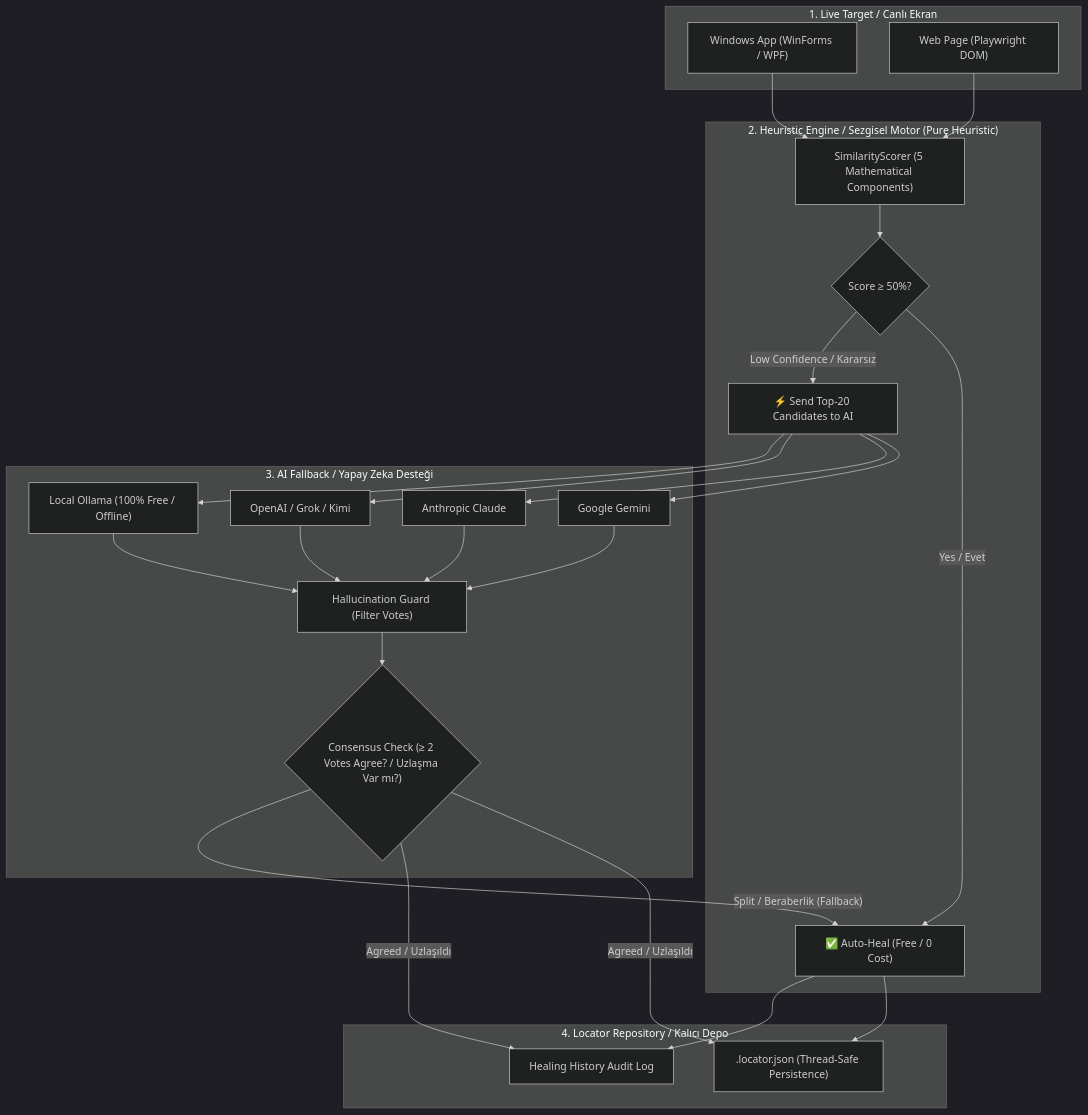
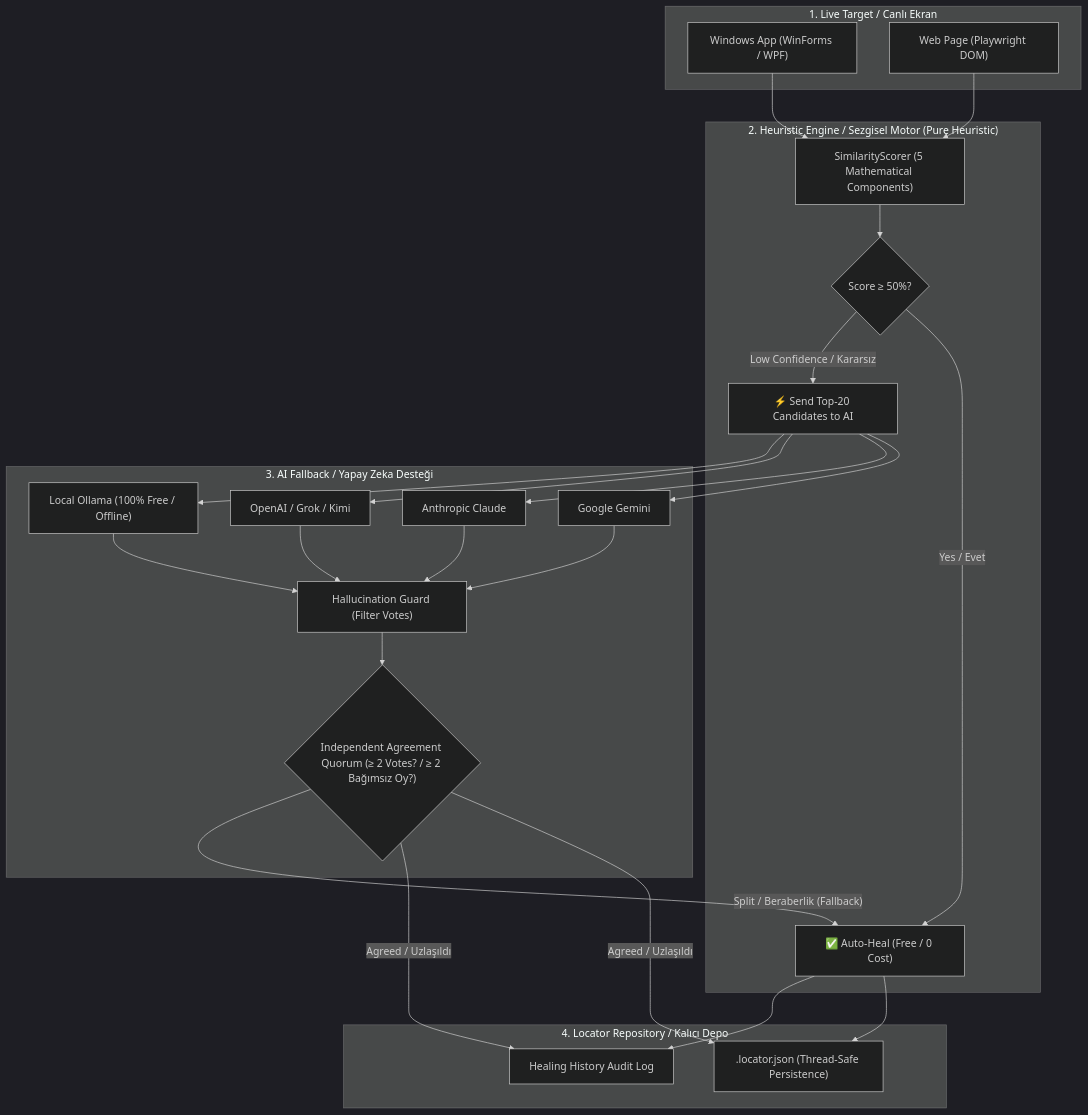
The diagram in docs/index.md (mustafasercansak/automation-sandbox), drawn with Mermaid (dark theme) before and after one commit. The commit also changed other lines of this file and 5 other files, not shown here.

Commit message:
Reframe LLM consensus as model agreement (#176) (#183)

````diff
--- a/docs/index.md
+++ b/docs/index.md
@@ -75,39 +75,39 @@
 ```mermaid
 flowchart TB
     subgraph INPUT ["1. Live Target / Canlı Ekran"]
         A1["Windows App (WinForms / WPF)"]
         A2["Web Page (Playwright DOM)"]
     end
 
     subgraph ENGINE ["2. Heuristic Engine / Sezgisel Motor (Pure Heuristic)"]
         B1["SimilarityScorer (5 Mathematical Components)"]
         B2{"Score ≥ 50%?"}
         B3["✅ Auto-Heal (Free / 0 Cost)"]
         B4["⚡ Send Top-20 Candidates to AI"]
     end
 
     subgraph AI ["3. AI Fallback / Yapay Zeka Desteği"]
         C1["Google Gemini"]
         C2["Anthropic Claude"]
         C3["OpenAI / Grok / Kimi"]
         C4["Local Ollama (100% Free / Offline)"]
         C5["Hallucination Guard (Filter Votes)"]
-        C6{"Consensus Check (≥ 2 Votes Agree? / Uzlaşma Var mı?)"}
+        C6{"Independent Agreement Quorum (≥ 2 Votes? / ≥ 2 Bağımsız Oy?)"}
     end
 
     subgraph REPO ["4. Locator Repository / Kalıcı Depo"]
         D1[".locator.json (Thread-Safe Persistence)"]
         D2["Healing History Audit Log"]
     end
 
     A1 & A2 --> B1
     B1 --> B2
     B2 -- Yes / Evet --> B3
     B2 -- Low Confidence / Kararsız --> B4
     B4 --> C1 & C2 & C3 & C4
     C1 & C2 & C3 & C4 --> C5
     C5 --> C6
     C6 -- Agreed / Uzlaşıldı --> D1 & D2
     C6 -- "Split / Beraberlik (Fallback)" --> B3
     B3 --> D1 & D2
 ```
````
